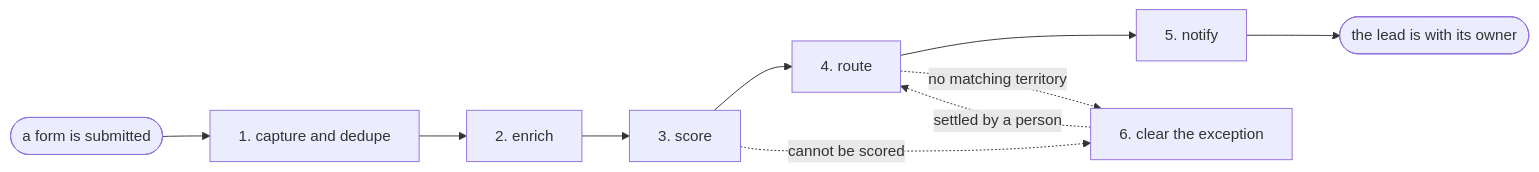
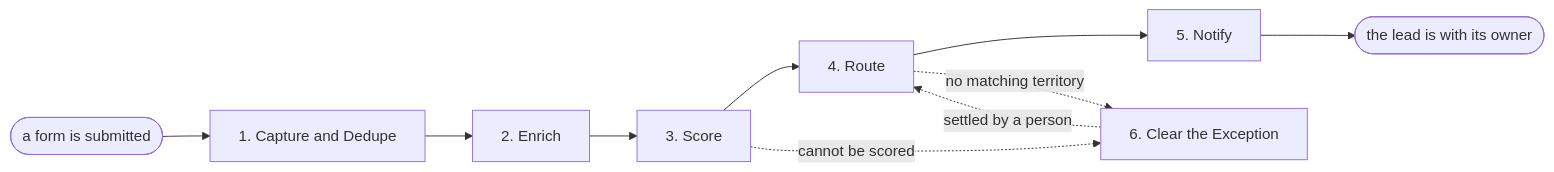
The diagram in processes/marketing/lead-routing.md (jeffrschneider/agentcatalog), drawn with Mermaid before and after one commit. The commit also changed other lines of this file and 146 other files, not shown here.

````diff
--- a/processes/marketing/lead-routing.md
+++ b/processes/marketing/lead-routing.md
@@ -34,12 +34,12 @@
 ```mermaid
 flowchart LR
-  T([a form is submitted]) --> A1[1. capture and dedupe]
-  A1 --> A2[2. enrich]
-  A2 --> A3[3. score]
-  A3 --> A4[4. route]
-  A4 --> A5[5. notify]
+  T([a form is submitted]) --> A1[1. Capture and Dedupe]
+  A1 --> A2[2. Enrich]
+  A2 --> A3[3. Score]
+  A3 --> A4[4. Route]
+  A4 --> A5[5. Notify]
   A5 --> DONE([the lead is with its owner])
-  A3 -. cannot be scored .-> A6[6. clear the exception]
+  A3 -. cannot be scored .-> A6[6. Clear the Exception]
   A4 -. no matching territory .-> A6
   A6 -. settled by a person .-> A4
 ```
````
